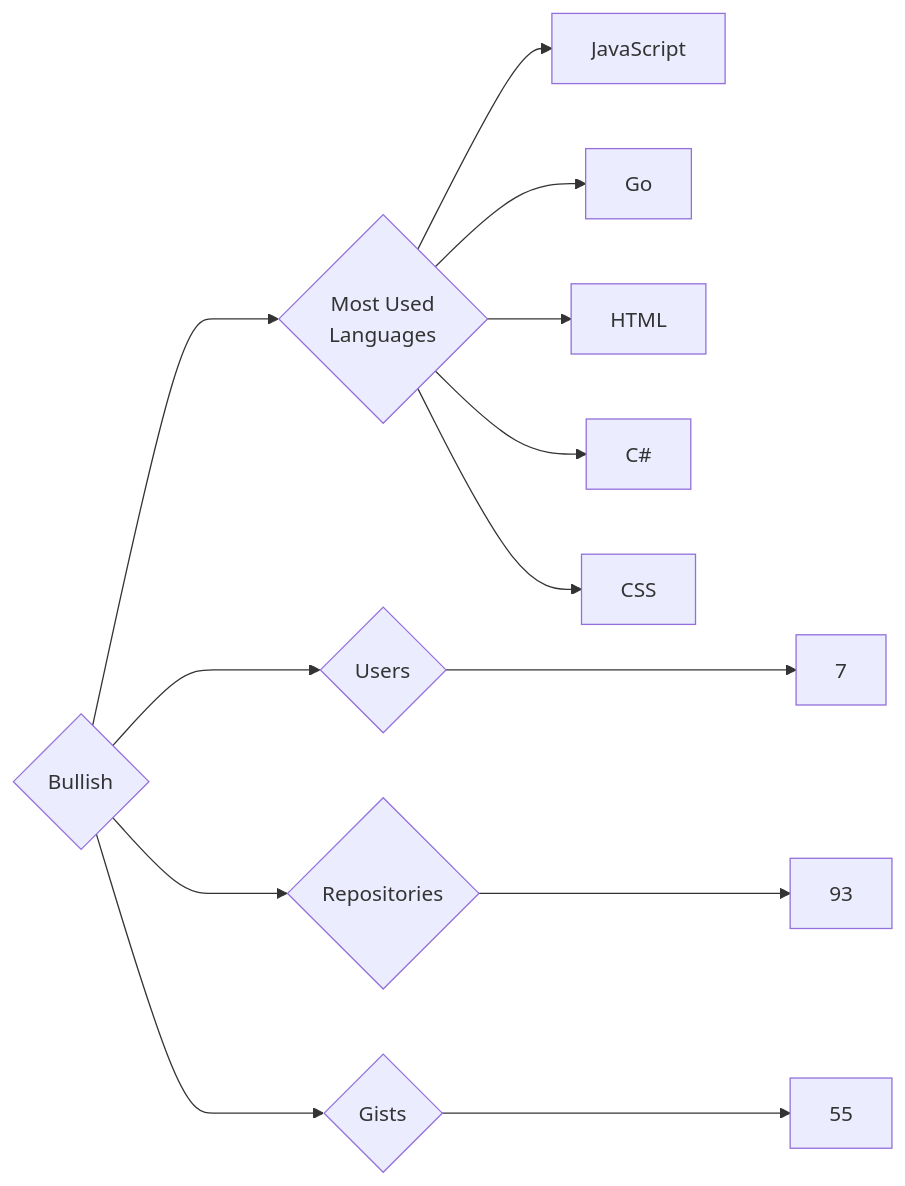
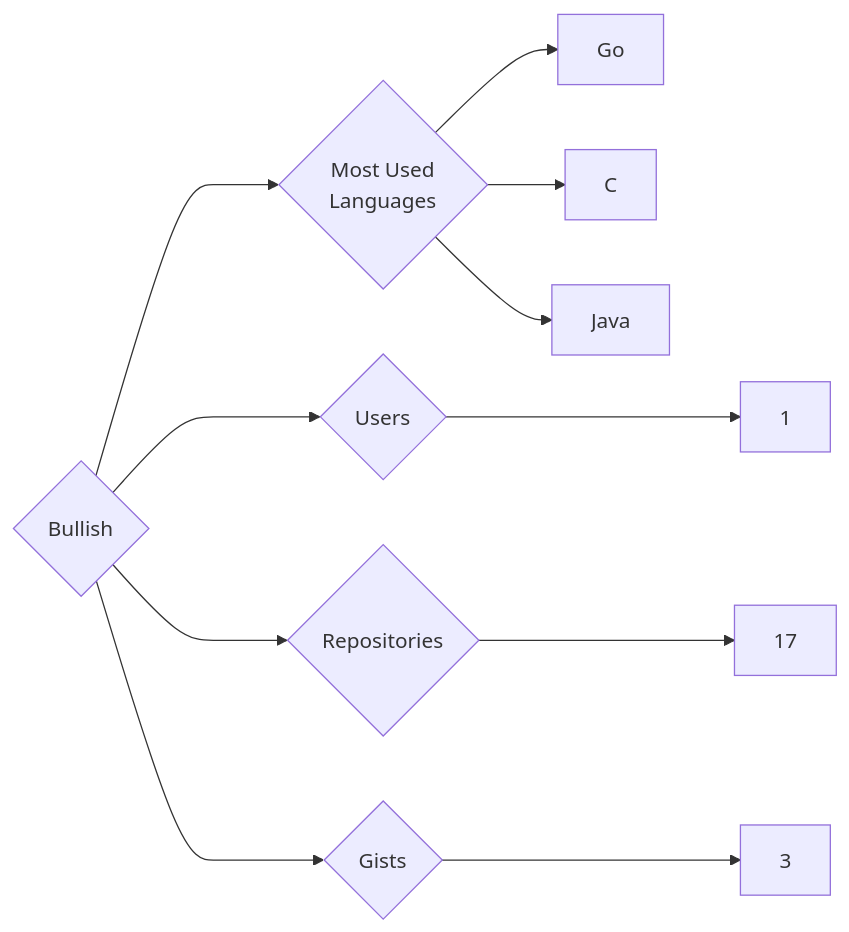
The diagram in targets/Bullish/README.md (trickest/insiders), drawn with Mermaid before and after one commit. The commit also changed 569 other files, not shown here.

````diff
--- a/targets/Bullish/README.md
+++ b/targets/Bullish/README.md
@@ -3,13 +3,11 @@
 ```mermaid
 graph LR
 COMPANY_NAME{Bullish}
-COMPANY_NAME ---> U{Users} ---> UN[7]
-COMPANY_NAME ---> R{Repositories} ---> RN[93]
-COMPANY_NAME ---> G{Gists} ---> GN[55]
+COMPANY_NAME ---> U{Users} ---> UN[1]
+COMPANY_NAME ---> R{Repositories} ---> RN[17]
+COMPANY_NAME ---> G{Gists} ---> GN[3]
 COMPANY_NAME ---> ML{Most Used<br>Languages}
-ML --> JavaScript[JavaScript]
 ML --> Go[Go]
-ML --> HTML[HTML]
-ML --> C#[C#]
-ML --> CSS[CSS]
+ML --> C[C]
+ML --> Java[Java]
 ```
````
